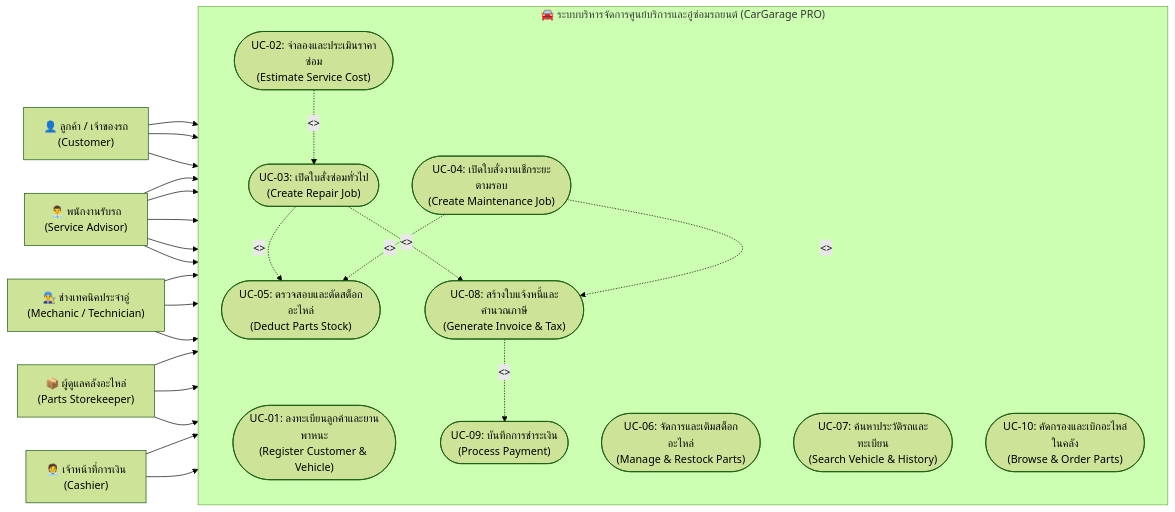
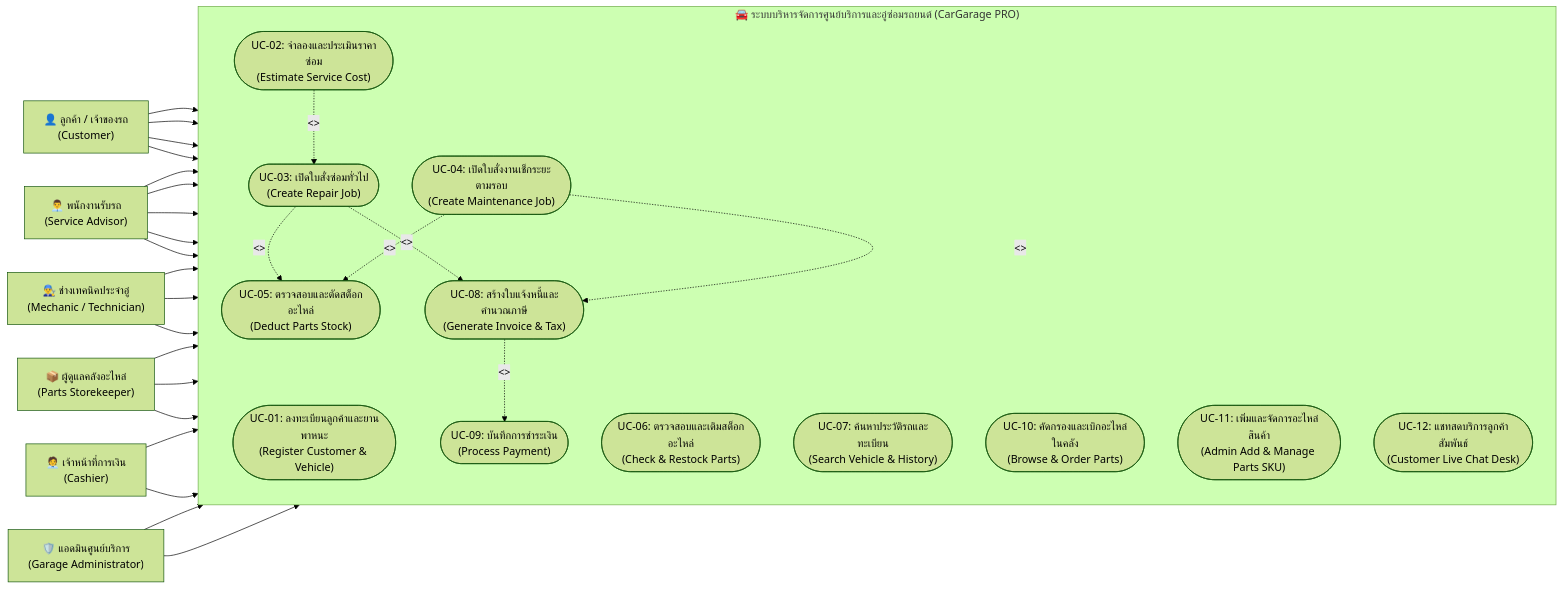
Before and after one commit to Kitikon15/Car-Garage-Repair-Service-System: the first of 2 diagrams in README.md, drawn with Mermaid (forest theme). The commit also changed other lines of this file and 45 other files, not shown here.

Commit message:
feat: upgrade admin backoffice with bilingual support, live chat auto-read, mechanic tools graphic, and updated documentation

````diff
--- a/README.md
+++ b/README.md
@@ -37,54 +39,61 @@
 ```mermaid
 flowchart LR
     %% Actors
     Customer["👤 ลูกค้า / เจ้าของรถ\n(Customer)"]
     Advisor["👨‍💼 พนักงานรับรถ\n(Service Advisor)"]
     Mechanic["👨‍🔧 ช่างเทคนิคประจำอู่\n(Mechanic / Technician)"]
     Storekeeper["📦 ผู้ดูแลคลังอะไหล่\n(Parts Storekeeper)"]
     Cashier["🧑‍💼 เจ้าหน้าที่การเงิน\n(Cashier)"]
+    Admin["🛡️ แอดมินศูนย์บริการ\n(Garage Administrator)"]
 
     %% System Boundary
     subgraph SystemBoundary ["🚘 ระบบบริหารจัดการศูนย์บริการและอู่ซ่อมรถยนต์ (CarGarage PRO)"]
         direction TB
         UC1(["UC-01: ลงทะเบียนลูกค้าและยานพาหนะ\n(Register Customer & Vehicle)"])
         UC2(["UC-02: จำลองและประเมินราคาซ่อม\n(Estimate Service Cost)"])
         UC3(["UC-03: เปิดใบสั่งซ่อมทั่วไป\n(Create Repair Job)"])
         UC4(["UC-04: เปิดใบสั่งงานเช็กระยะตามรอบ\n(Create Maintenance Job)"])
         UC5(["UC-05: ตรวจสอบและตัดสต็อกอะไหล่\n(Deduct Parts Stock)"])
-        UC6(["UC-06: จัดการและเติมสต็อกอะไหล่\n(Manage & Restock Parts)"])
+        UC6(["UC-06: ตรวจสอบและเติมสต็อกอะไหล่\n(Check & Restock Parts)"])
         UC7(["UC-07: ค้นหาประวัติรถและทะเบียน\n(Search Vehicle & History)"])
         UC8(["UC-08: สร้างใบแจ้งหนี้และคำนวณภาษี\n(Generate Invoice & Tax)"])
         UC9(["UC-09: บันทึกการชำระเงิน\n(Process Payment)"])
         UC10(["UC-10: คัดกรองและเบิกอะไหล่ในคลัง\n(Browse & Order Parts)"])
+        UC11(["UC-11: เพิ่มและจัดการอะไหล่สินค้า\n(Admin Add & Manage Parts SKU)"])
+        UC12(["UC-12: แชทสดบริการลูกค้าสัมพันธ์\n(Customer Live Chat Desk)"])
     end
 
     %% Actor Connections
     Customer --> UC1
     Customer --> UC2
     Customer --> UC7
+    Customer --> UC12
 
     Advisor --> UC1
     Advisor --> UC2
     Advisor --> UC3
     Advisor --> UC4
     Advisor --> UC7
 
     Mechanic --> UC3
     Mechanic --> UC4
     Mechanic --> UC10
 
     Storekeeper --> UC5
     Storekeeper --> UC6
     Storekeeper --> UC10
 
     Cashier --> UC8
     Cashier --> UC9
 
+    Admin --> UC11
+    Admin --> UC12
+
     %% Use Case Relationships
     UC3 -.->|"<<include>>"| UC5
     UC4 -.->|"<<include>>"| UC5
     UC3 -.->|"<<include>>"| UC8
     UC4 -.->|"<<include>>"| UC8
     UC2 -.->|"<<extend>>"| UC3
     UC8 -.->|"<<include>>"| UC9
 ```
````
